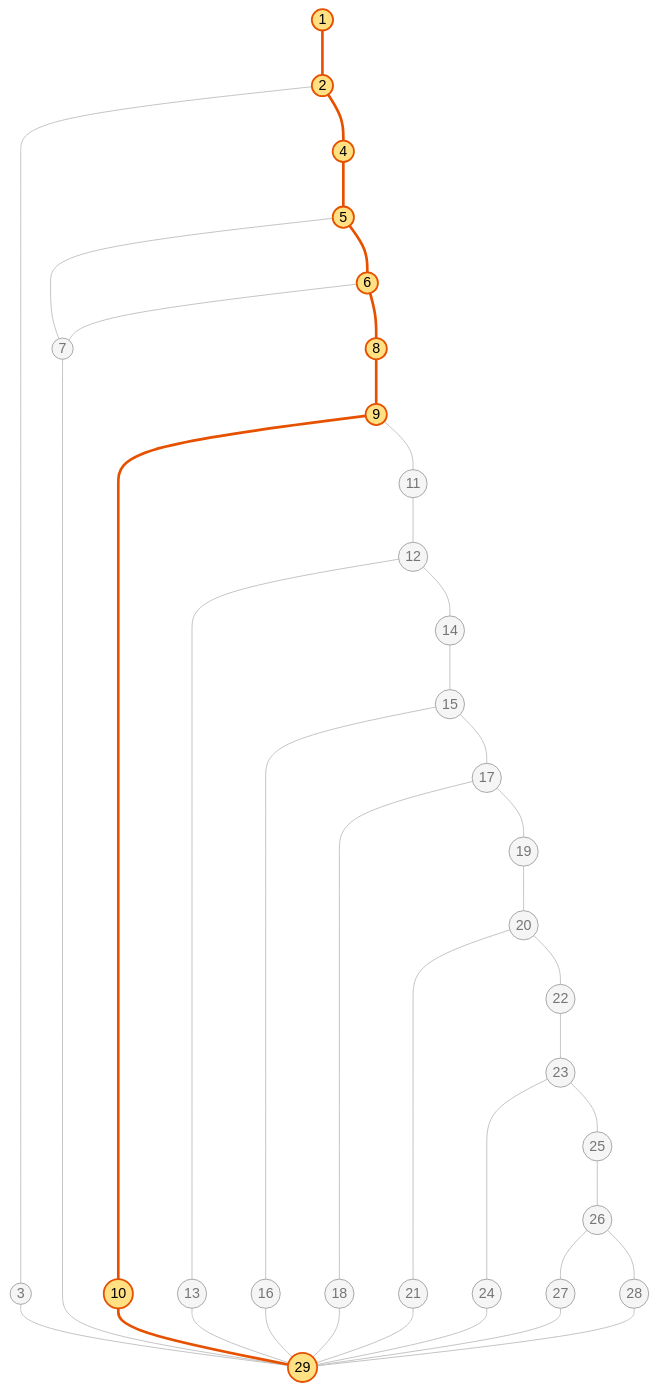
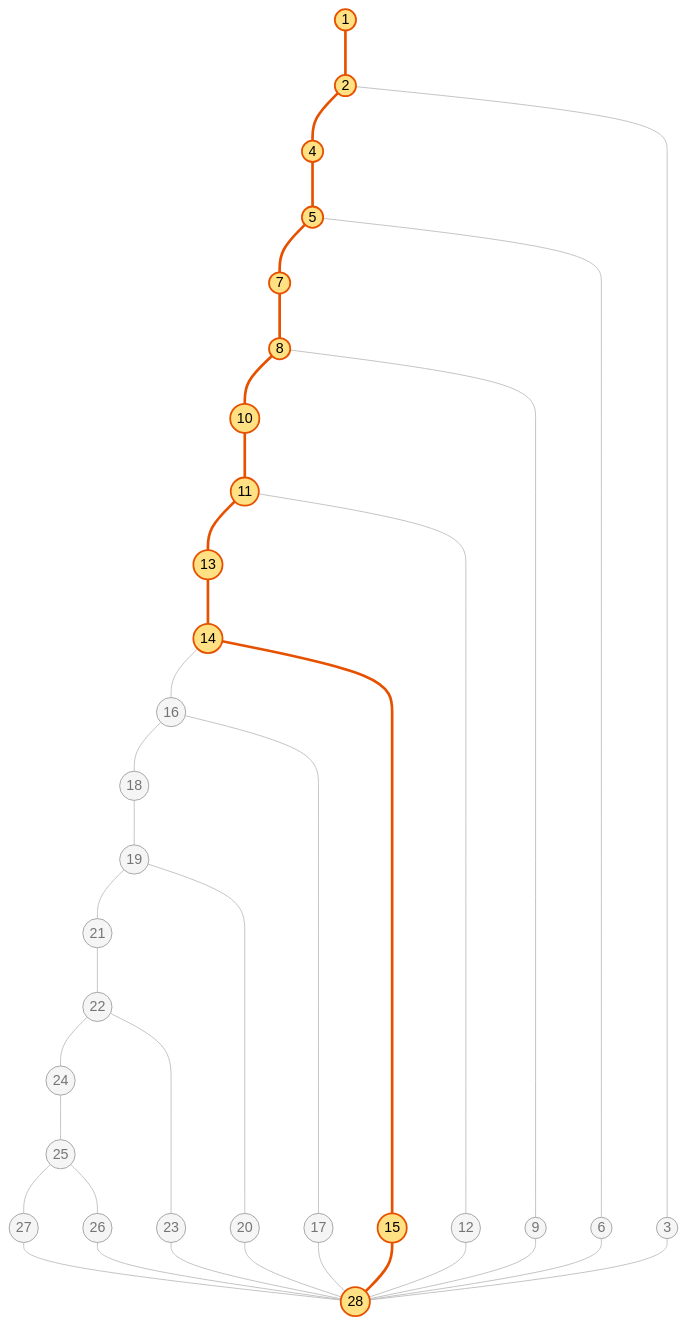
The sixth of 11 diagrams in tests/docs/caja_blanca_01_enviar_flag.md (bloedige/itdb_ctf), drawn with Mermaid (base theme) before and after one commit. The commit also changed other lines of this file and 47 other files, not shown here.

````diff
--- a/tests/docs/caja_blanca_01_enviar_flag.md
+++ b/tests/docs/caja_blanca_01_enviar_flag.md
@@ -350,46 +365,44 @@
 ```mermaid
 graph TD
     n1((1)) --- n2((2))
-    n2 --- n3((3))
-    n3 --- n29((29))
     n2 --- n4((4))
     n4 --- n5((5))
     n5 --- n7((7))
-    n7 --- n29
+    n7 --- n8((8))
+    n8 --- n10((10))
+    n10 --- n11((11))
+    n11 --- n13((13))
+    n13 --- n14((14))
+    n14 --- n16((16))
+    n16 --- n18((18))
+    n18 --- n19((19))
+    n19 --- n21((21))
+    n21 --- n22((22))
+    n22 --- n24((24))
+    n24 --- n25((25))
+    n25 --- n27((27))
+    n27 --- n28((28))
+    n25 --- n26((26))
+    n26 --- n28
+    n22 --- n23((23))
+    n23 --- n28
+    n19 --- n20((20))
+    n20 --- n28
+    n16 --- n17((17))
+    n17 --- n28
+    n14 --- n15((15))
+    n15 --- n28
+    n11 --- n12((12))
+    n12 --- n28
+    n8 --- n9((9))
+    n9 --- n28
     n5 --- n6((6))
-    n6 --- n7
-    n6 --- n8((8))
-    n8 --- n9((9))
-    n9 --- n10((10))
-    n10 --- n29
-    n9 --- n11((11))
-    n11 --- n12((12))
-    n12 --- n13((13))
-    n13 --- n29
-    n12 --- n14((14))
-    n14 --- n15((15))
-    n15 --- n16((16))
-    n16 --- n29
-    n15 --- n17((17))
-    n17 --- n18((18))
-    n18 --- n29
-    n17 --- n19((19))
-    n19 --- n20((20))
-    n20 --- n21((21))
-    n21 --- n29
-    n20 --- n22((22))
-    n22 --- n23((23))
-    n23 --- n24((24))
-    n24 --- n29
-    n23 --- n25((25))
-    n25 --- n26((26))
-    n26 --- n27((27))
-    n27 --- n29
-    n26 --- n28((28))
-    n28 --- n29
+    n6 --- n28
+    n2 --- n3((3))
+    n3 --- n28
     classDef default fill:#f5f5f5,stroke:#9e9e9e,color:#757575
     classDef camino fill:#ffe082,stroke:#e65100,stroke-width:2px,color:#000
-    class n1,n2,n4,n5,n6,n8,n9,n10,n29 camino
+    class n1,n2,n4,n5,n7,n8,n10,n11,n13,n14,n15,n28 camino
     linkStyle default stroke:#bdbdbd,stroke-width:1px
-    linkStyle 0,3,4,7,9,10,11,12 stroke:#e65100,stroke-width:3px
+    linkStyle 0,1,2,3,4,5,6,7,8,26,27 stroke:#e65100,stroke-width:3px
 ```
````
